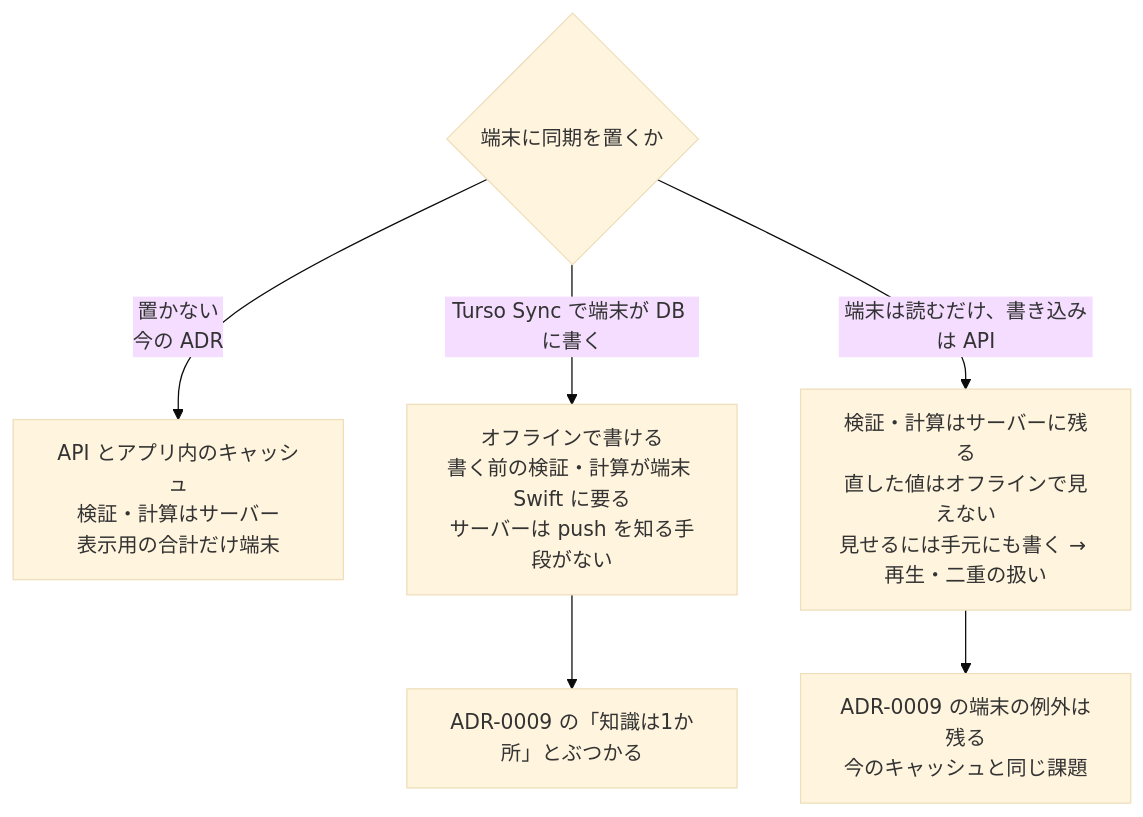
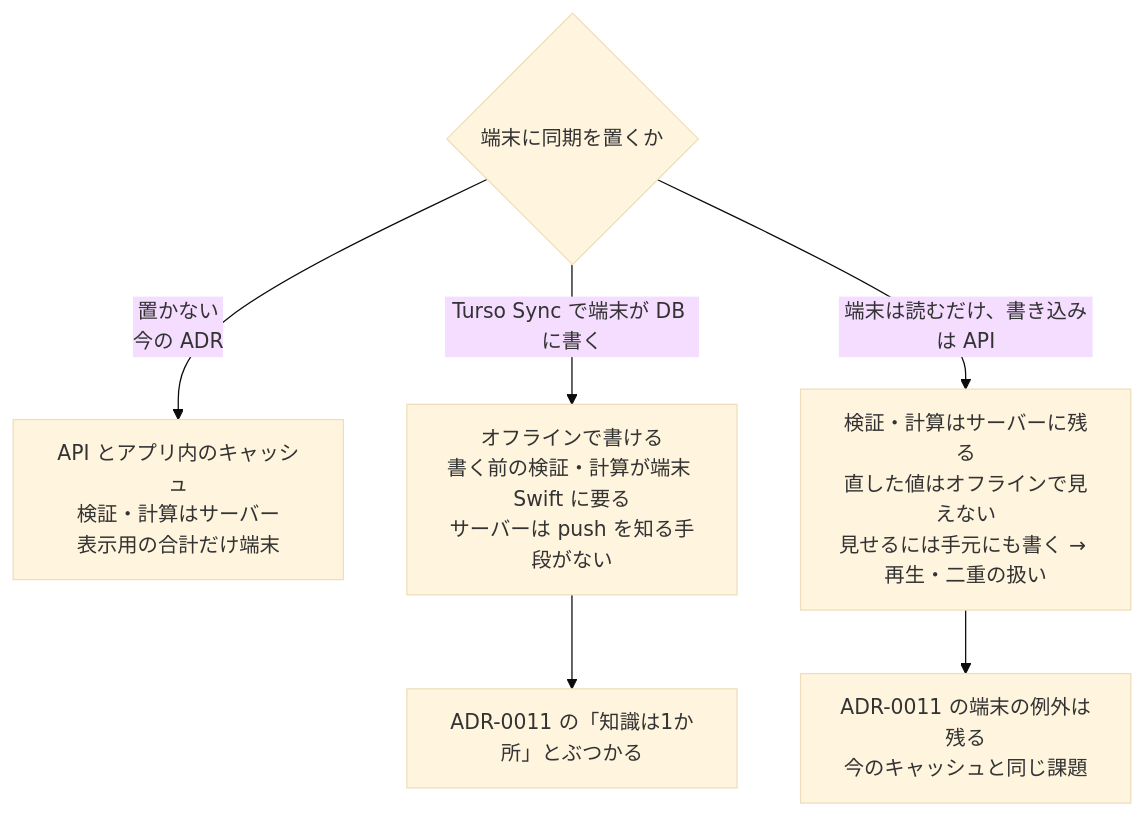
Before and after one commit to gn-t-k/nu-tori: the sixth of 7 diagrams in docs/research/turso.md, drawn with Mermaid (base theme). The commit also changed other lines of this file and 2 other files, not shown here.

````diff
--- a/docs/research/turso.md
+++ b/docs/research/turso.md
@@ -290,9 +290,9 @@
 ```mermaid
 flowchart TD
   Start{端末に同期を置くか}
   Start -->|置かない<br/>今の ADR| A[API とアプリ内のキャッシュ<br/>検証・計算はサーバー<br/>表示用の合計だけ端末]
   Start -->|Turso Sync で端末が DB に書く| B[オフラインで書ける<br/>書く前の検証・計算が端末 Swift に要る<br/>サーバーは push を知る手段がない]
   Start -->|端末は読むだけ、書き込みは API| C[検証・計算はサーバーに残る<br/>直した値はオフラインで見えない<br/>見せるには手元にも書く → 再生・二重の扱い]
-  B --> X[ADR-0009 の「知識は1か所」とぶつかる]
-  C --> Y[ADR-0009 の端末の例外は残る<br/>今のキャッシュと同じ課題]
+  B --> X[ADR-0011 の「知識は1か所」とぶつかる]
+  C --> Y[ADR-0011 の端末の例外は残る<br/>今のキャッシュと同じ課題]
 ```
````
